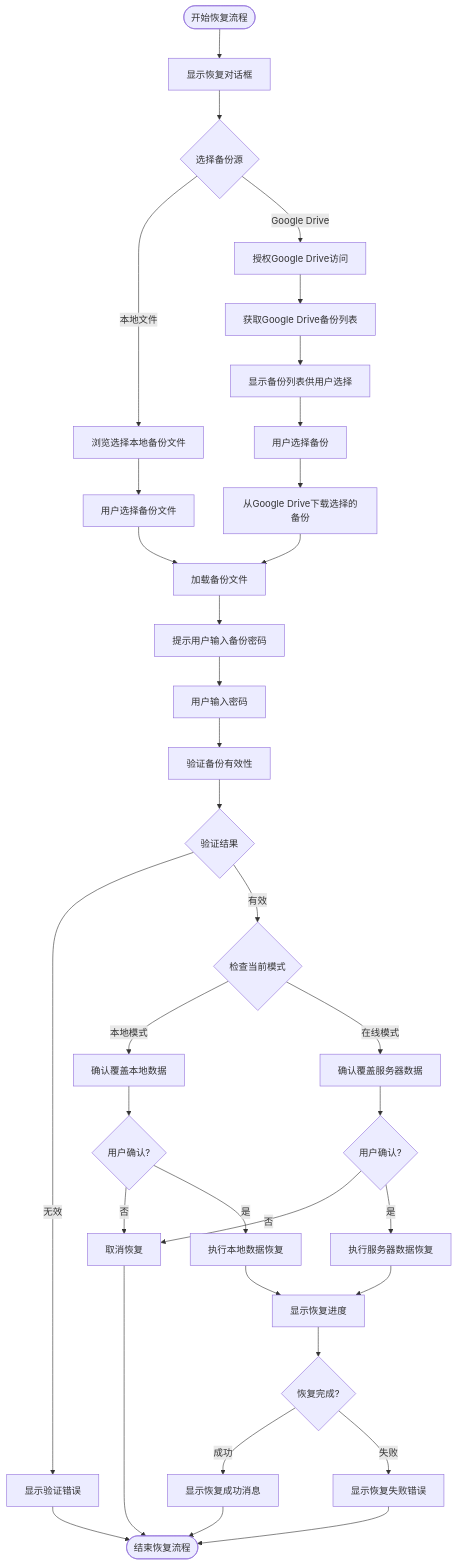
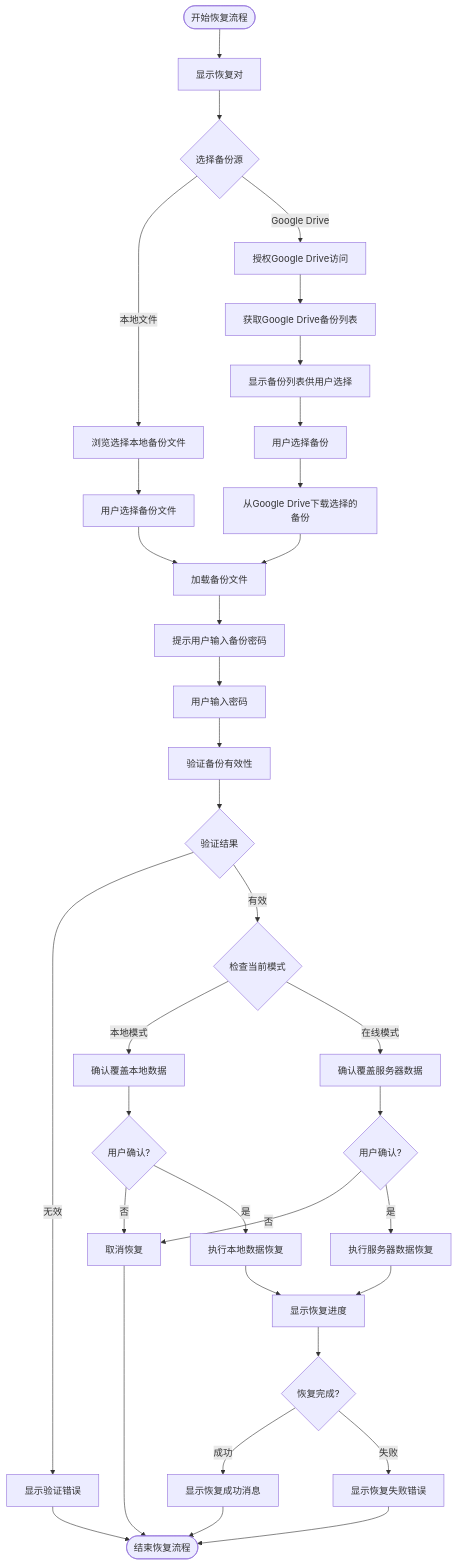
Before and after one commit to yingjianzh/iodraw-files: the diagram in all/未命名-53.md, drawn with Mermaid.

Commit message:
2025-05-09 15:56:50 update

````diff
--- a/all/未命名-53.md
+++ b/all/未命名-53.md
@@ -1,48 +1,48 @@
 ```mermaid
 flowchart TD
-    Start([开始恢复流程]) --> ShowRestoreDialog[显示恢复对话框]
+    Start([开始恢复流程]) --> ShowRestoreDialog[显示恢复对]
     ShowRestoreDialog --> SelectSource{选择备份源}
     
     SelectSource -->|本地文件| BrowseLocalFile[浏览选择本地备份文件]
     SelectSource -->|Google Drive| AuthGDrive[授权Google Drive访问]
     
     BrowseLocalFile --> GetFileFromUser[用户选择备份文件]
     GetFileFromUser --> LoadBackupFile[加载备份文件]
     
     AuthGDrive --> FetchBackupList[获取Google Drive备份列表]
     FetchBackupList --> DisplayBackupsList[显示备份列表供用户选择]
     DisplayBackupsList --> UserSelectsBackup[用户选择备份]
     UserSelectsBackup --> DownloadGDriveBackup[从Google Drive下载选择的备份]
     DownloadGDriveBackup --> LoadBackupFile
     
     LoadBackupFile --> PromptPassword[提示用户输入备份密码]
     PromptPassword --> UserEntersPassword[用户输入密码]
     UserEntersPassword --> ValidateBackup[验证备份有效性]
     
     ValidateBackup --> ValidationResult{验证结果}
     ValidationResult -->|无效| ShowValidationError[显示验证错误]
     ValidationResult -->|有效| CheckCurrentMode{检查当前模式}
     
     CheckCurrentMode -->|本地模式| ConfirmLocalRestore[确认覆盖本地数据]
     CheckCurrentMode -->|在线模式| ConfirmServerRestore[确认覆盖服务器数据]
     
     ConfirmLocalRestore --> UserConfirm1{用户确认?}
     UserConfirm1 -->|否| CancelRestore[取消恢复]
     UserConfirm1 -->|是| ExecuteLocalRestore[执行本地数据恢复]
     
     ConfirmServerRestore --> UserConfirm2{用户确认?}
     UserConfirm2 -->|否| CancelRestore
     UserConfirm2 -->|是| ExecuteServerRestore[执行服务器数据恢复]
     
     ExecuteLocalRestore --> ShowProgress[显示恢复进度]
     ExecuteServerRestore --> ShowProgress
     
     ShowProgress --> RestoreComplete{恢复完成?}
     RestoreComplete -->|成功| ShowSuccess[显示恢复成功消息]
     RestoreComplete -->|失败| ShowError[显示恢复失败错误]
     
     ShowSuccess --> End([结束恢复流程])
     ShowError --> End
     ShowValidationError --> End
     CancelRestore --> End
 ```
````
